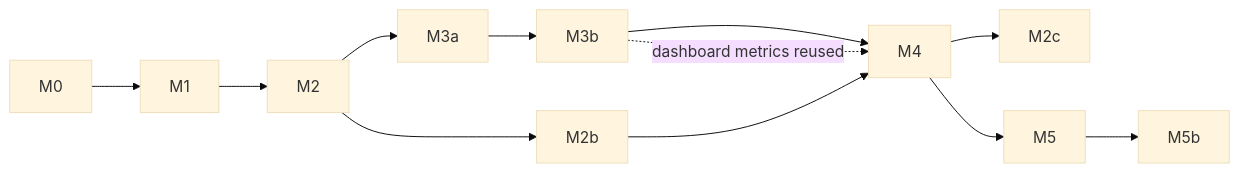
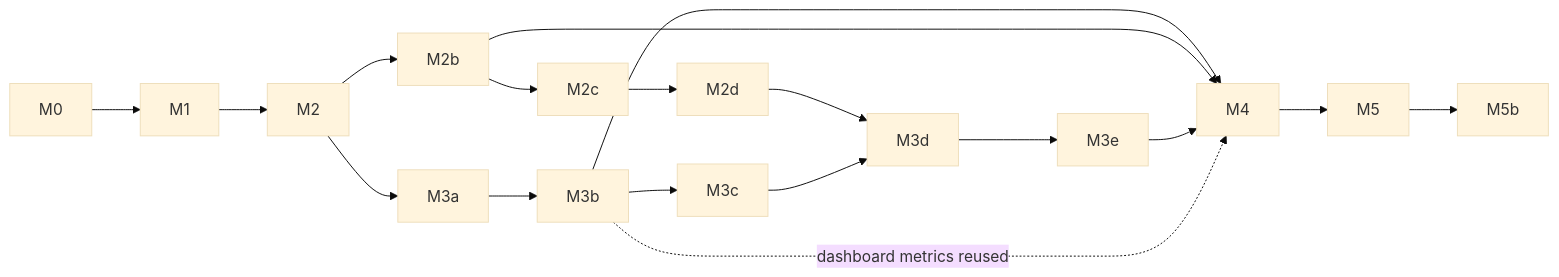
The diagram in docs/plans/README.md (isoloop/isoloop), drawn with Mermaid (base theme) before and after one commit. The commit also changed other lines of this file and 4 other files, not shown here.

````diff
--- a/docs/plans/README.md
+++ b/docs/plans/README.md
@@ -22,8 +25,9 @@
 ```mermaid
 flowchart LR
   M0 --> M1 --> M2 --> M3a --> M3b --> M4
   M2 --> M2b --> M4
-  M4 --> M2c
   M4 --> M5 --> M5b
+  M2b --> M2c --> M2d --> M3d --> M3e --> M4
+  M3b --> M3c --> M3d
   M3b -. "dashboard metrics reused" .-> M4
 ```
````
